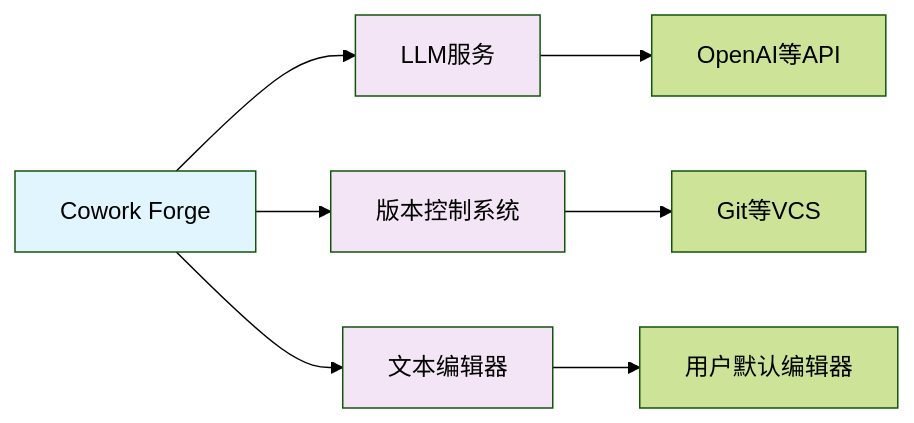
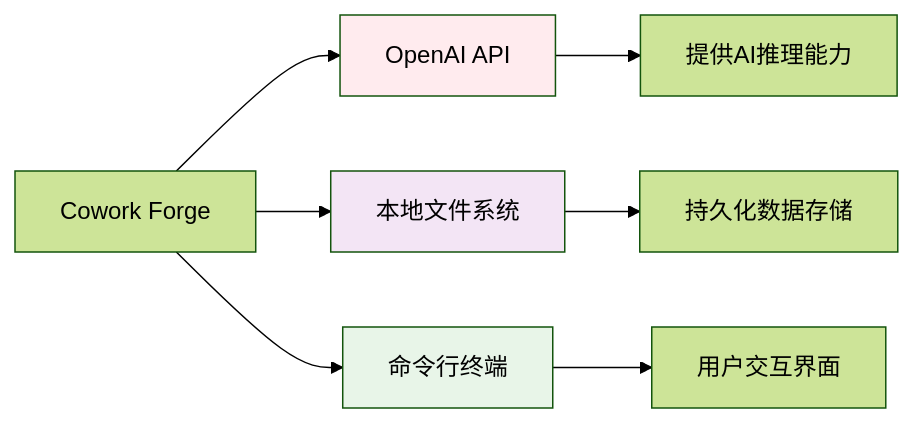
One commit to sopaco/cowork-forge changed the third of 11 diagrams in litho.docs/zh/2、架构概览.md. Above: the diagram before and after it, drawn with Mermaid (forest theme). The commit also changed other lines of this file and 26 other files, not shown here.

````diff
--- a/litho.docs/zh/2、架构概览.md
+++ b/litho.docs/zh/2、架构概览.md
@@ -76,16 +96,14 @@
 ```mermaid
 graph LR
-    A[Cowork Forge] --> B[LLM服务]
-    A --> C[版本控制系统]
-    A --> D[文本编辑器]
+    A[Cowork Forge] --> B[OpenAI API]
+    A --> C[本地文件系统]
+    A --> D[命令行终端]
     
-    B --> E[OpenAI等API]
-    C --> F[Git等VCS]
-    D --> G[用户默认编辑器]
+    B --> E[提供AI推理能力]
+    C --> F[持久化数据存储]
+    D --> G[用户交互界面]
     
-    classDef system fill:#e1f5fe
-    classDef external fill:#f3e5f5
-    
-    class A system
-    class B,C,D external
+    style B fill:#ffebee
+    style C fill:#f3e5f5
+    style D fill:#e8f5e8
 ```
````
